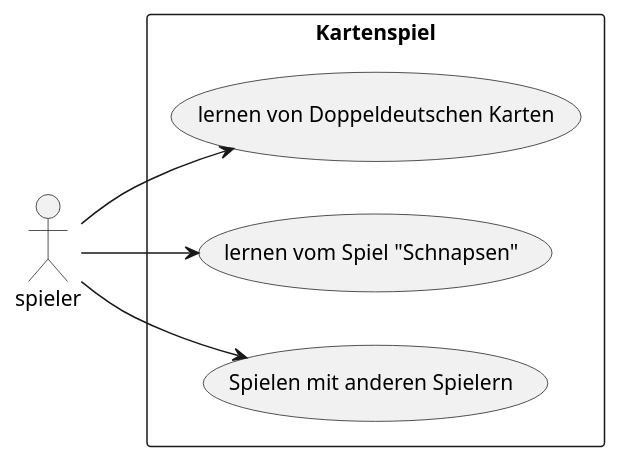
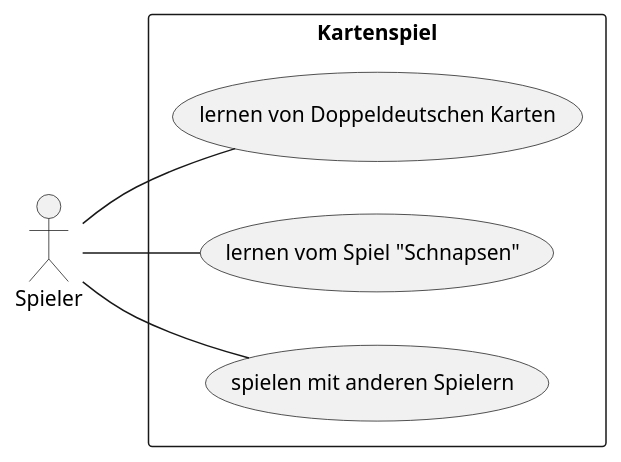
The diagram in asciidoc/Projektauftrag.adoc (2223-3ahitm-itp/2223-3ahitm-project-kartenspiel), drawn with PlantUML before and after one commit. The commit also changed other lines of this file and 2 other files, not shown here.

```diff
--- a/asciidoc/Projektauftrag.adoc
+++ b/asciidoc/Projektauftrag.adoc
@@ -36,15 +32,15 @@
-[plantuml,demo-cld,png]
+[plantuml,usecase-diagram,png]
 ----
 @startuml
 left to right direction
-actor spieler
+actor Spieler
 rectangle Kartenspiel {
     usecase "lernen von Doppeldeutschen Karten" as karten
     usecase "lernen vom Spiel "Schnapsen"" as lernen
-    usecase "Spielen mit anderen Spielern" as spielen
+    usecase "spielen mit anderen Spielern" as spielen
 }
-spieler --> karten
-spieler --> lernen
-spieler --> spielen
+Spieler -- karten
+Spieler -- lernen
+Spieler -- spielen
 @enduml
 ----
```
